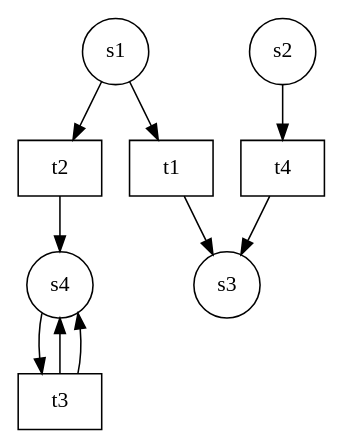
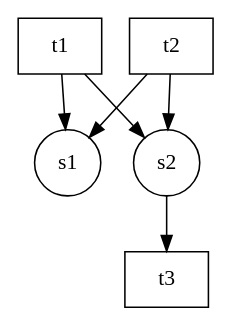
Before and after one commit to dnannen/reduction-of-petri-nets: the diagram in Reduktionsalgorithmen/petri-netz.gv, drawn with Graphviz. The commit also changed 2 other files, not shown here.

```diff
--- a/Reduktionsalgorithmen/petri-netz.gv
+++ b/Reduktionsalgorithmen/petri-netz.gv
@@ -1,20 +1,12 @@
 digraph petrinet{
 node[shape=circle];
 "s1";
-"s2";
-"s3";
-"s4";
 "t1" [shape=box];
 "t2" [shape=box];
 "t3" [shape=box];
-"t4" [shape=box];
-"s1"->"t1"
-"s1"->"t2"
-"s2"->"t4"
-"s4"->"t3"
-"t1"->"s3"
-"t2"->"s4"
-"t3"->"s4"
-"t3"->"s4"
-"t4"->"s3"
+"s2"->"t3"
+"t1"->"s1"
+"t1"->"s2"
+"t2"->"s1"
+"t2"->"s2"
 }
```
